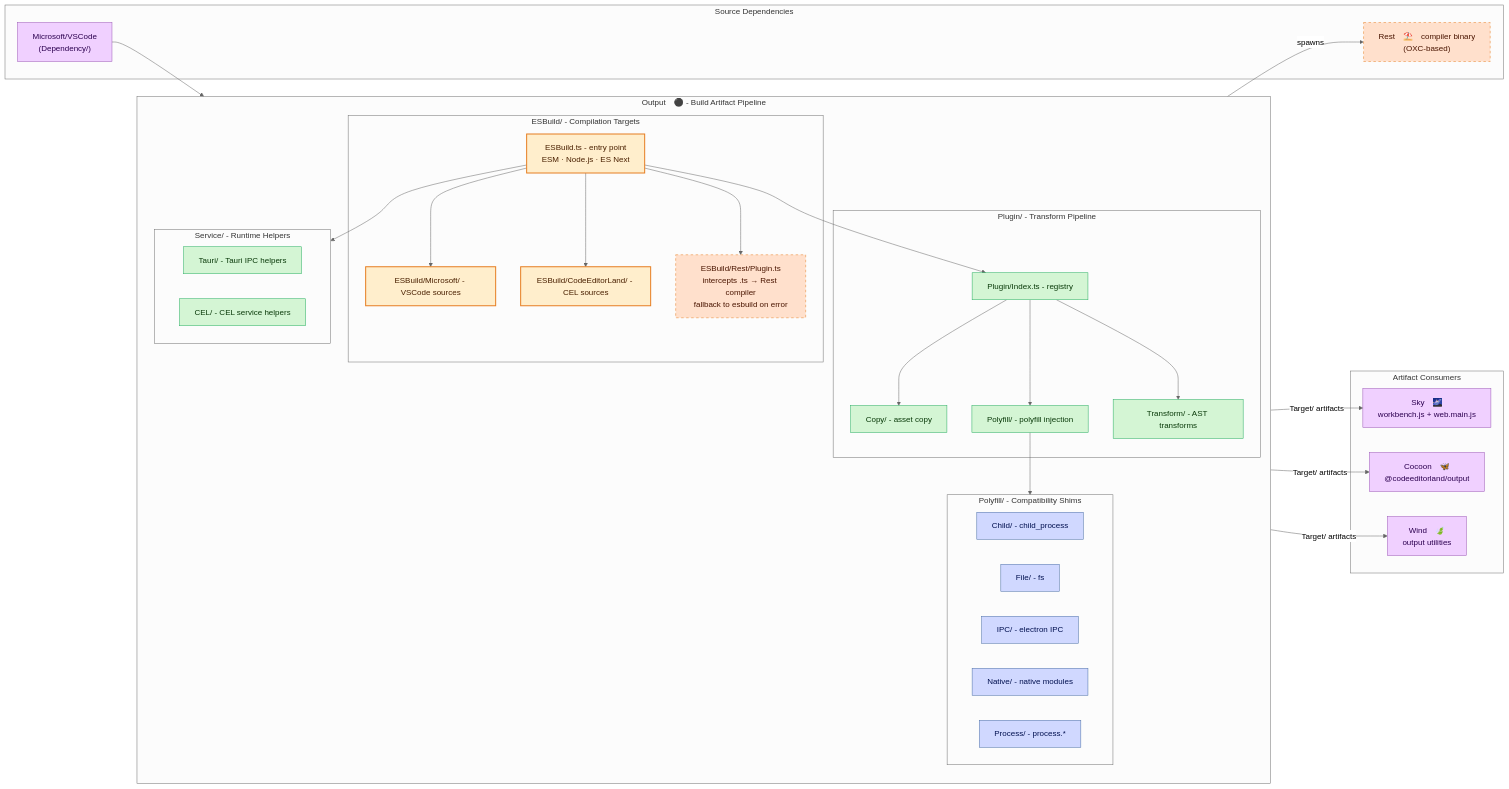
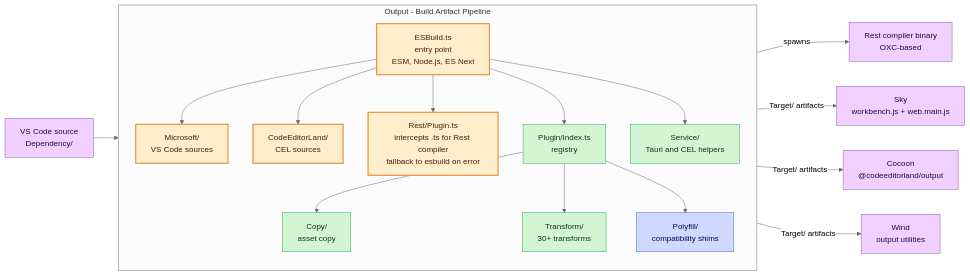
The first of 3 diagrams in README.md (CodeEditorLand/Output), drawn with Mermaid (neutral theme) before and after one commit. The commit also changed other lines of this file and 1 other file, not shown here.

````diff
--- a/README.md
+++ b/README.md
@@ -134,63 +91,41 @@
 ```mermaid
 graph LR
-    classDef output   fill:#2c2c2c,stroke:#888,stroke-width:2px,color:#f0f0f0;
-    classDef esbuild  fill:#ffeecc,stroke:#e67e22,stroke-width:2px,color:#4a2000;
-    classDef rest     fill:#ffe0cc,stroke:#e67e22,stroke-width:1px,stroke-dasharray:5 5,color:#4a1500;
-    classDef plugin   fill:#d4f5d4,stroke:#27ae60,stroke-width:1px,color:#0a3a0a;
+    classDef output fill:#2c2c2c,stroke:#888,stroke-width:2px,color:#f0f0f0;
+    classDef compiler fill:#ffeecc,stroke:#e67e22,stroke-width:2px,color:#4a2000;
+    classDef plugin fill:#d4f5d4,stroke:#27ae60,stroke-width:1px,color:#0a3a0a;
     classDef polyfill fill:#d0d8ff,stroke:#4a6fa5,stroke-width:1px,color:#001050;
     classDef consumer fill:#f0d0ff,stroke:#9b59b6,stroke-width:1px,color:#2c0050;
 
-    subgraph OUTPUT["Output ⚫ - Build Artifact Pipeline"]
+    subgraph OUT["Output - Build Artifact Pipeline"]
         direction TB
-        subgraph ESB["ESBuild/ - Compilation Targets"]
-            ESBMain["ESBuild.ts - entry point\nESM · Node.js · ES Next"]:::esbuild
-            MicrosoftTarget["ESBuild/Microsoft/ - VSCode sources"]:::esbuild
-            CELTarget["ESBuild/CodeEditorLand/ - CEL sources"]:::esbuild
-            RestPluginEsb["ESBuild/Rest/Plugin.ts\nintercepts .ts → Rest compiler\nfallback to esbuild on error"]:::rest
-            ESBMain --> MicrosoftTarget
-            ESBMain --> CELTarget
-            ESBMain --> RestPluginEsb
-        end
-        subgraph PLUGIN_SYS["Plugin/ - Transform Pipeline"]
-            PluginIndex["Plugin/Index.ts - registry"]:::plugin
-            CopyPlugin["Copy/ - asset copy"]:::plugin
-            PolyfillPlugin["Polyfill/ - polyfill injection"]:::plugin
-            TransformPlugin["Transform/ - AST transforms"]:::plugin
-            PluginIndex --> CopyPlugin
-            PluginIndex --> PolyfillPlugin
-            PluginIndex --> TransformPlugin
-        end
-        subgraph POLYFILLS["Polyfill/ - Compatibility Shims"]
-            ChildPoly["Child/ - child_process"]:::polyfill
-            FilePoly["File/ - fs"]:::polyfill
-            IPCPoly["IPC/ - electron IPC"]:::polyfill
-            NativePoly["Native/ - native modules"]:::polyfill
-            ProcessPoly["Process/ - process.*"]:::polyfill
-        end
-        subgraph SVC["Service/ - Runtime Helpers"]
-            TauriSvc["Tauri/ - Tauri IPC helpers"]:::plugin
-            CELSvc["CEL/ - CEL service helpers"]:::plugin
-        end
-
-        ESBMain --> PluginIndex
-        PolyfillPlugin --> POLYFILLS
-        ESBMain --> SVC
+        ESB["ESBuild.ts<br/>entry point<br/>ESM, Node.js, ES Next"]:::compiler
+        MS["Microsoft/<br/>VS Code sources"]:::compiler
+        CEL["CodeEditorLand/<br/>CEL sources"]:::compiler
+        REST["Rest/Plugin.ts<br/>intercepts .ts for Rest compiler<br/>fallback to esbuild on error"]:::compiler
+        PIX["Plugin/Index.ts<br/>registry"]:::plugin
+        COPY["Copy/<br/>asset copy"]:::plugin
+        XFORM["Transform/<br/>30+ transforms"]:::plugin
+        POLY["Polyfill/<br/>compatibility shims"]:::polyfill
+        SVC["Service/<br/>Tauri and CEL helpers"]:::plugin
+        ESB --> MS
+        ESB --> CEL
+        ESB --> REST
+        ESB --> PIX
+        PIX --> COPY
+        PIX --> XFORM
+        PIX --> POLY
+        ESB --> SVC
     end
 
-    subgraph SOURCES["Source Dependencies"]
-        VSCode["Microsoft/VSCode\n(Dependency/)"]:::consumer
-        RestCompiler["Rest ⛱️ compiler binary\n(OXC-based)"]:::rest
-    end
+    VSC["VS Code source<br/>Dependency/"]:::consumer
+    RESTBIN["Rest compiler binary<br/>OXC-based"]:::consumer
+    SKY["Sky<br/>workbench.js + web.main.js"]:::consumer
+    COCOON["Cocoon<br/>@codeeditorland/output"]:::consumer
+    WIND["Wind<br/>output utilities"]:::consumer
 
-    subgraph CONSUMERS["Artifact Consumers"]
-        Sky["Sky 🌌\nworkbench.js + web.main.js"]:::consumer
-        Cocoon["Cocoon 🦋\n@codeeditorland/output"]:::consumer
-        Wind["Wind 🍃\noutput utilities"]:::consumer
-    end
-
-    VSCode --> MicrosoftTarget
-    RestPluginEsb -- spawns --> RestCompiler
-    OUTPUT -- Target/ artifacts --> Sky
-    OUTPUT -- Target/ artifacts --> Cocoon
-    OUTPUT -- Target/ artifacts --> Wind
+    VSC --> MS
+    REST -- spawns --> RESTBIN
+    OUT -- Target/ artifacts --> SKY
+    OUT -- Target/ artifacts --> COCOON
+    OUT -- Target/ artifacts --> WIND
 ```
````
